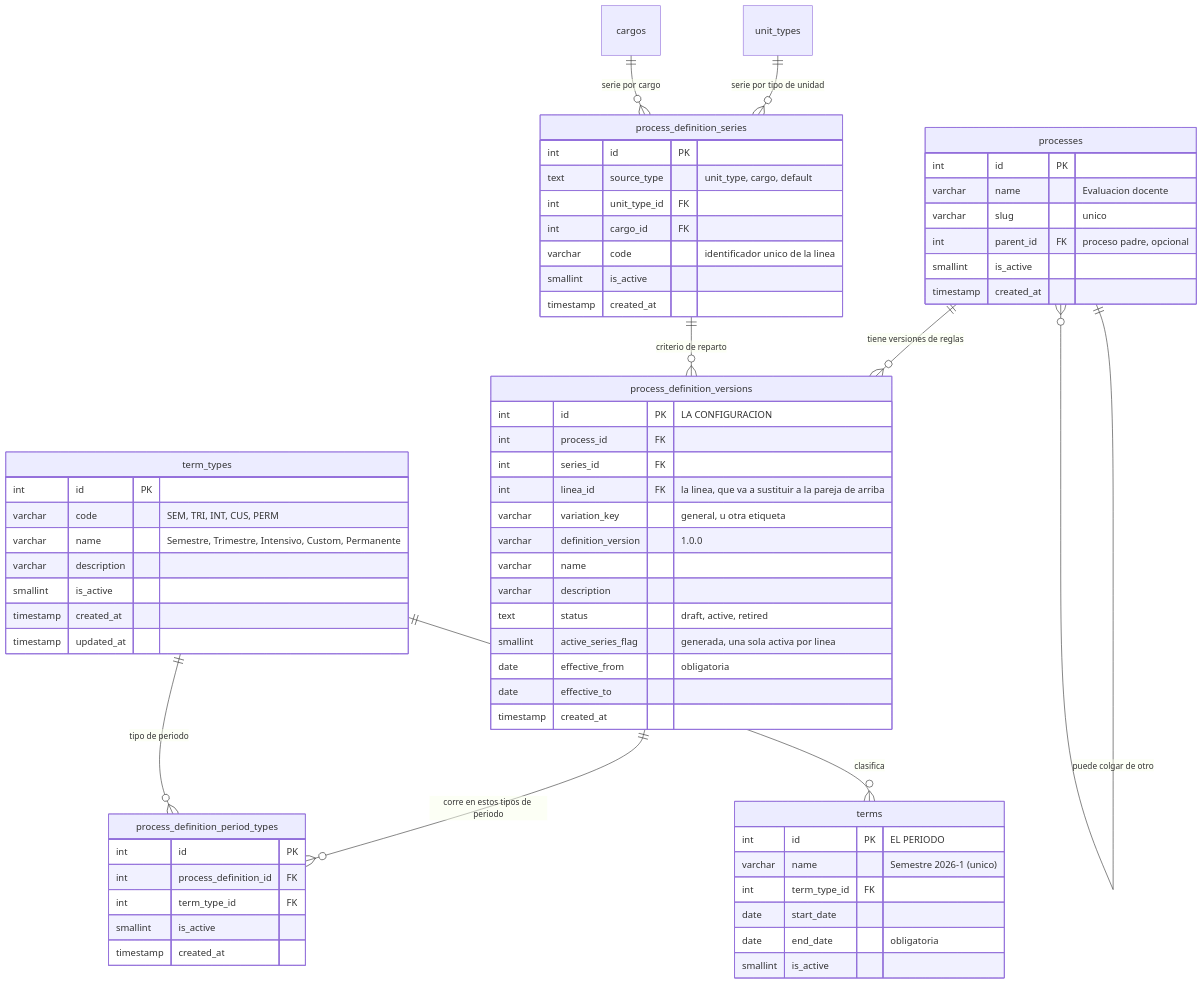
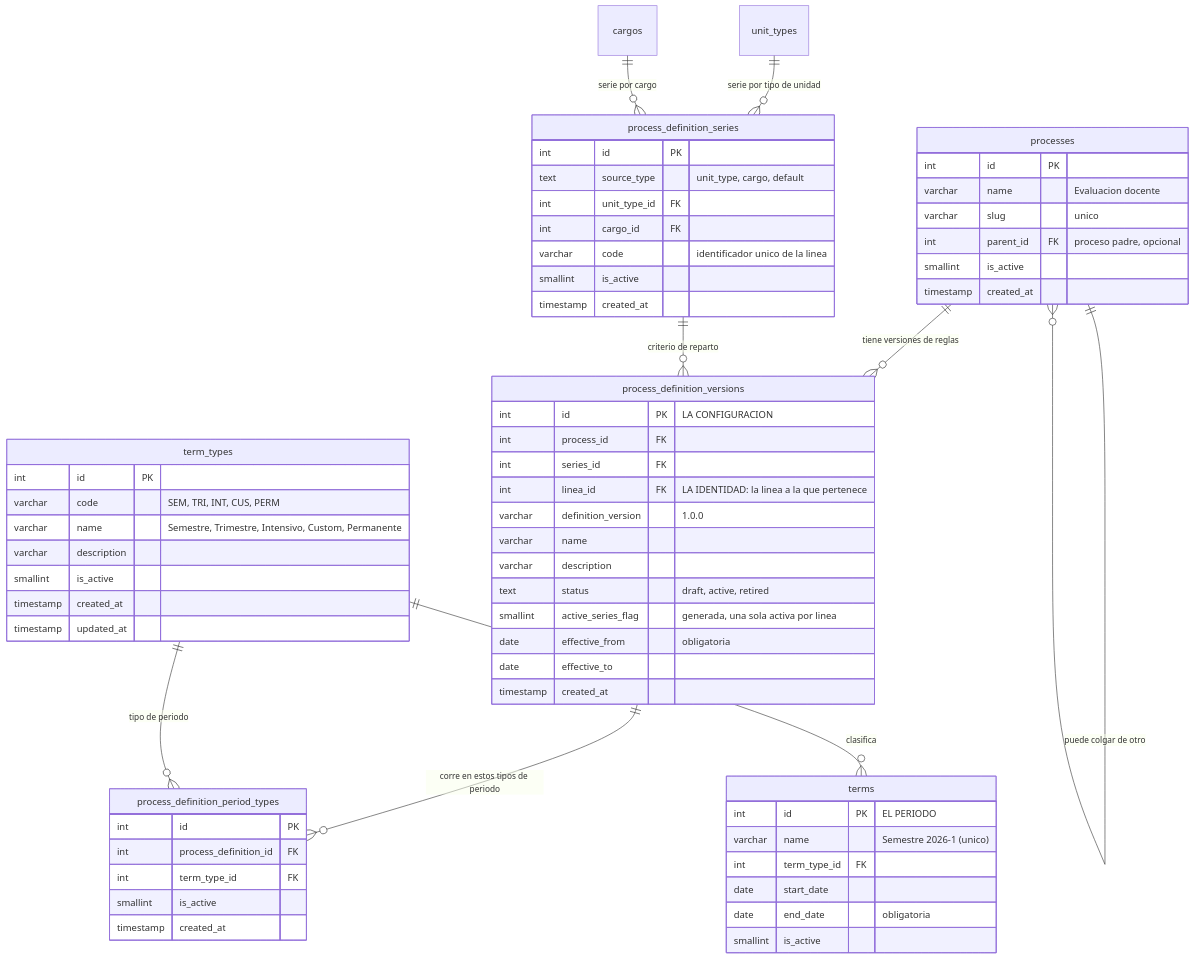
The diagram in docs/src/content/docs/modelo/proceso.md (fresvel/deasy), drawn with Mermaid before and after one commit. The commit also changed other lines of this file and 46 other files, not shown here.

First line of the commit message:
feat(f25): P2-bis — la identidad de una configuracion es la LINEA, no la pareja mas su copia

````diff
--- a/docs/src/content/docs/modelo/proceso.md
+++ b/docs/src/content/docs/modelo/proceso.md
@@ -120,68 +133,67 @@
 ```mermaid
 erDiagram
   processes ||--o{ process_definition_versions : "tiene versiones de reglas"
   processes ||--o{ processes : "puede colgar de otro"
   process_definition_series ||--o{ process_definition_versions : "criterio de reparto"
   unit_types ||--o{ process_definition_series : "serie por tipo de unidad"
   cargos ||--o{ process_definition_series : "serie por cargo"
   process_definition_versions ||--o{ process_definition_period_types : "corre en estos tipos de periodo"
   term_types ||--o{ process_definition_period_types : "tipo de periodo"
   term_types ||--o{ terms : "clasifica"
 
   processes {
     int id PK
     varchar name "Evaluacion docente"
     varchar slug "unico"
     int parent_id FK "proceso padre, opcional"
     smallint is_active
     timestamp created_at
   }
   process_definition_series {
     int id PK
     text source_type "unit_type, cargo, default"
     int unit_type_id FK
     int cargo_id FK
     varchar code "identificador unico de la linea"
     smallint is_active
     timestamp created_at
   }
   process_definition_versions {
     int id PK "LA CONFIGURACION"
     int process_id FK
     int series_id FK
-    int linea_id FK "la linea, que va a sustituir a la pareja de arriba"
-    varchar variation_key "general, u otra etiqueta"
+    int linea_id FK "LA IDENTIDAD: la linea a la que pertenece"
     varchar definition_version "1.0.0"
     varchar name
     varchar description
     text status "draft, active, retired"
     smallint active_series_flag "generada, una sola activa por linea"
     date effective_from "obligatoria"
     date effective_to
     timestamp created_at
   }
   process_definition_period_types {
     int id PK
     int process_definition_id FK
     int term_type_id FK
     smallint is_active
     timestamp created_at
   }
   term_types {
     int id PK
     varchar code "SEM, TRI, INT, CUS, PERM"
     varchar name "Semestre, Trimestre, Intensivo, Custom, Permanente"
     varchar description
     smallint is_active
     timestamp created_at
     timestamp updated_at
   }
   terms {
     int id PK "EL PERIODO"
     varchar name "Semestre 2026-1 (unico)"
     int term_type_id FK
     date start_date
     date end_date "obligatoria"
     smallint is_active
   }
 ```
````
